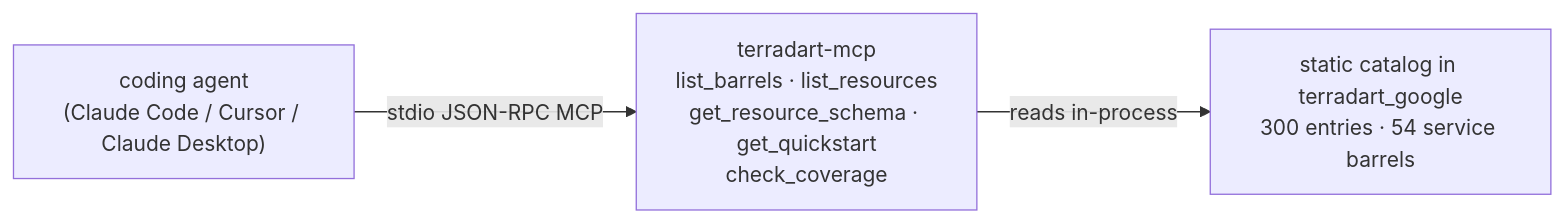
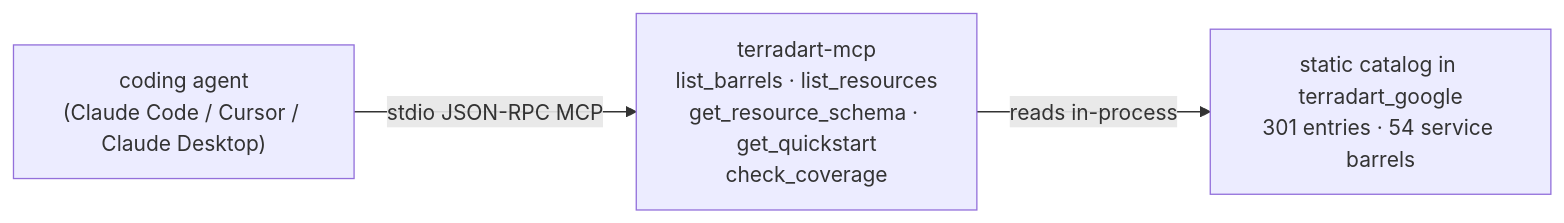
The diagram in website/src/content/docs/docs/agent/index.md (nozomi-koborinai/terradart), drawn with Mermaid before and after one commit. The commit also changed other lines of this file and 15 other files, not shown here.

````diff
--- a/website/src/content/docs/docs/agent/index.md
+++ b/website/src/content/docs/docs/agent/index.md
@@ -12,8 +12,8 @@
 ```mermaid
 graph LR
   agent["coding agent<br/>(Claude Code / Cursor / Claude Desktop)"]
   mcp["terradart-mcp<br/>list_barrels · list_resources<br/>get_resource_schema · get_quickstart<br/>check_coverage"]
-  catalog["static catalog in terradart_google<br/>300 entries · 54 service barrels"]
+  catalog["static catalog in terradart_google<br/>301 entries · 54 service barrels"]
   agent -->|stdio JSON-RPC MCP| mcp
   mcp -->|reads in-process| catalog
 ```
````
